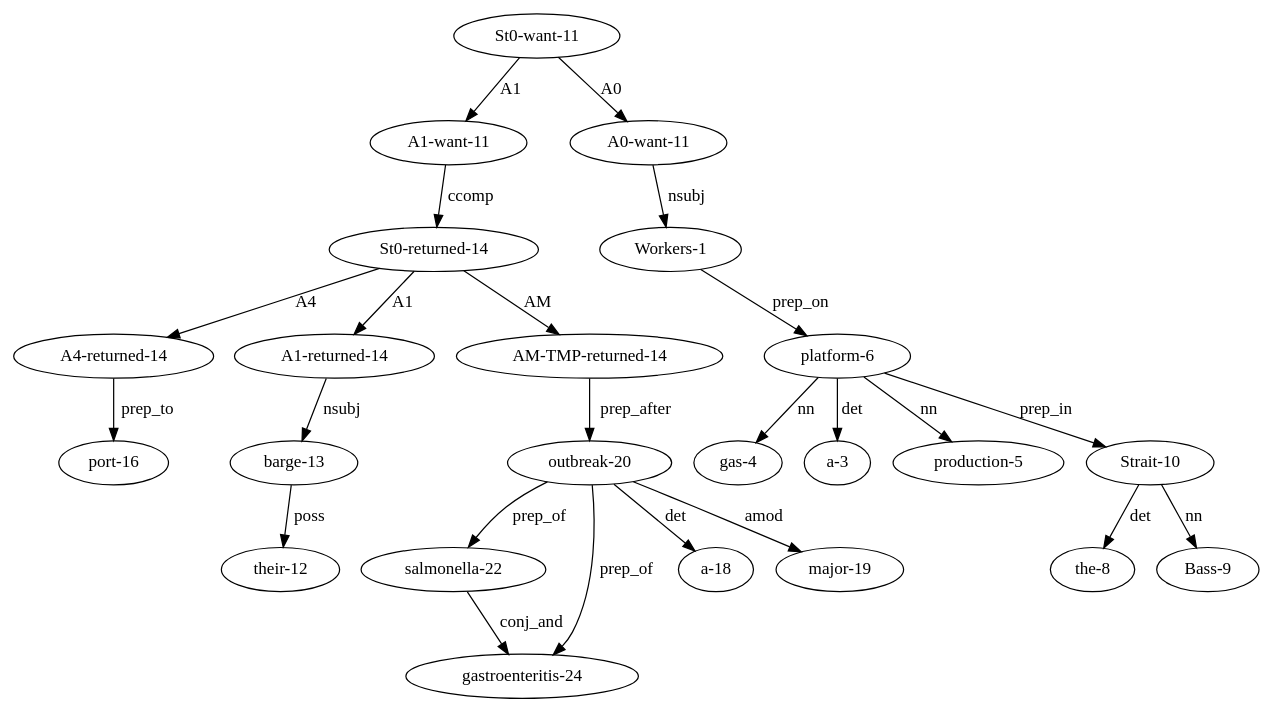
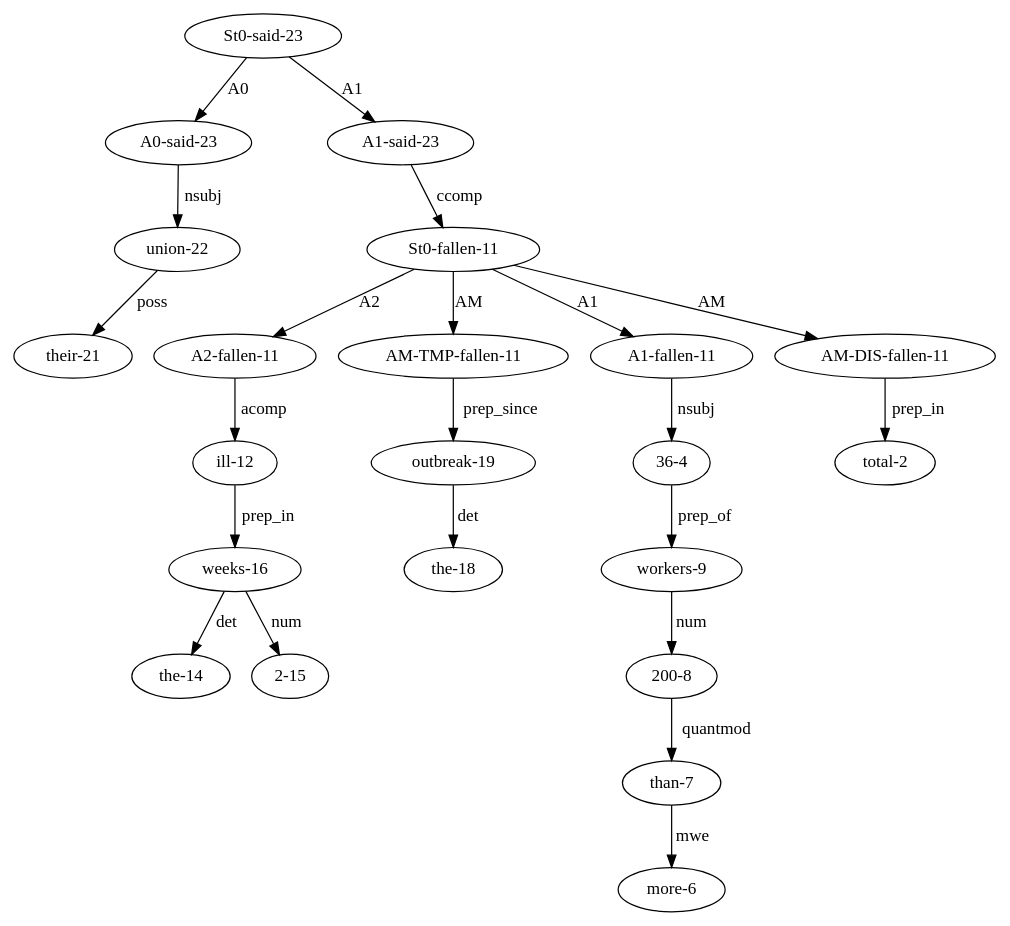
Before and after one commit to adreena/SemanticRoleMiner: the diagram in testCases/test3/gephi.dot, drawn with Graphviz. The commit also changed 924 other files, not shown here.

Commit message:
is now able to make  graph, and generate rdf\xml and nt format outputs from statment

```diff
--- a/testCases/test3/gephi.dot
+++ b/testCases/test3/gephi.dot
@@ -1,25 +1,23 @@
 digraph sample {
-"salmonella-22" -> "gastroenteritis-24" [ label = "conj_and" ];
-"outbreak-20" -> "gastroenteritis-24" [ label = "prep_of" ];
-"platform-6" -> "gas-4" [ label = "nn" ];
-"platform-6" -> "a-3" [ label = "det" ];
-"outbreak-20" -> "a-18" [ label = "det" ];
-"barge-13" -> "their-12" [ label = "poss" ];
-"outbreak-20" -> "salmonella-22" [ label = "prep_of" ];
-"outbreak-20" -> "major-19" [ label = "amod" ];
-"Workers-1" -> "platform-6" [ label = "prep_on" ];
-"platform-6" -> "production-5" [ label = "nn" ];
-"Strait-10" -> "the-8" [ label = "det" ];
-"Strait-10" -> "Bass-9" [ label = "nn" ];
-"St0-want-11" -> "A1-want-11" [ label = "A1" ];
-"A1-want-11" -> "St0-returned-14" [ label = "ccomp" ];
-"St0-returned-14" -> "A4-returned-14" [ label = "A4" ];
-"A4-returned-14" -> "port-16" [ label = "prep_to" ];
-"St0-returned-14" -> "A1-returned-14" [ label = "A1" ];
-"A1-returned-14" -> "barge-13" [ label = "nsubj" ];
-"St0-want-11" -> "A0-want-11" [ label = "A0" ];
-"A0-want-11" -> "Workers-1" [ label = "nsubj" ];
-"St0-returned-14" -> "AM-TMP-returned-14" [ label = "AM" ];
-"AM-TMP-returned-14" -> "outbreak-20" [ label = "prep_after" ];
-"platform-6" -> "Strait-10" [ label = "prep_in" ];
+"union-22" -> "their-21" [ label = "poss" ];
+"weeks-16" -> "the-14" [ label = "det" ];
+"outbreak-19" -> "the-18" [ label = "det" ];
+"weeks-16" -> "2-15" [ label = "num" ];
+"ill-12" -> "weeks-16" [ label = "prep_in" ];
+"36-4" -> "workers-9" [ label = "prep_of" ];
+"workers-9" -> "200-8" [ label = "num" ];
+"St0-fallen-11" -> "A2-fallen-11" [ label = "A2" ];
+"A2-fallen-11" -> "ill-12" [ label = "acomp" ];
+"AM-TMP-fallen-11" -> "outbreak-19" [ label = "prep_since" ];
+"St0-fallen-11" -> "AM-TMP-fallen-11" [ label = "AM" ];
+"200-8" -> "than-7" [ label = "quantmod" ];
+"than-7" -> "more-6" [ label = "mwe" ];
+"St0-said-23" -> "A0-said-23" [ label = "A0" ];
+"A0-said-23" -> "union-22" [ label = "nsubj" ];
+"St0-said-23" -> "A1-said-23" [ label = "A1" ];
+"A1-said-23" -> "St0-fallen-11" [ label = "ccomp" ];
+"St0-fallen-11" -> "A1-fallen-11" [ label = "A1" ];
+"A1-fallen-11" -> "36-4" [ label = "nsubj" ];
+"St0-fallen-11" -> "AM-DIS-fallen-11" [ label = "AM" ];
+"AM-DIS-fallen-11" -> "total-2" [ label = "prep_in" ];
 }
```
